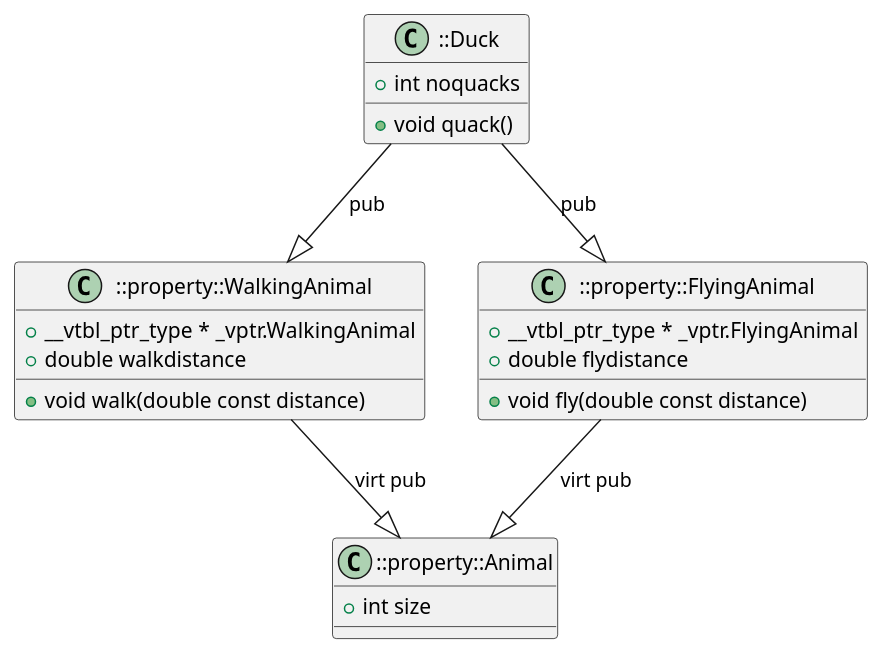
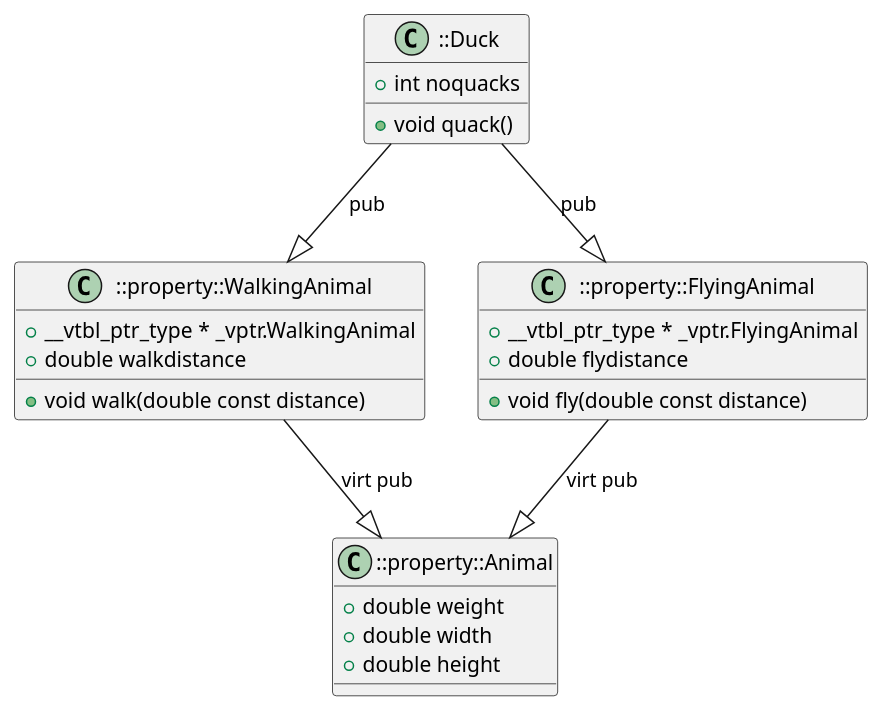
One commit to anetczuk/gcc-uml changed the diagram in examples/inheritgraph/inherit_diamond2.cpp.inherit.puml. Above: the diagram before and after it, drawn with PlantUML. The commit also changed 7 other files, not shown here.

```diff
--- a/examples/inheritgraph/inherit_diamond2.cpp.inherit.puml
+++ b/examples/inheritgraph/inherit_diamond2.cpp.inherit.puml
@@ -1,30 +1,32 @@
 @startuml
 
 class "::Duck" as item_0 {
     {field} + int noquacks
     {method} + void quack() 
 }
 class "::property::WalkingAnimal" as item_1 {
     {field} + __vtbl_ptr_type * _vptr.WalkingAnimal
     {field} + double walkdistance
     {method} + void walk(double const distance) 
 }
 class "::property::FlyingAnimal" as item_2 {
     {field} + __vtbl_ptr_type * _vptr.FlyingAnimal
     {field} + double flydistance
     {method} + void fly(double const distance) 
 }
 class "::property::Animal" as item_3 {
-    {field} + int size
+    {field} + double weight
+    {field} + double width
+    {field} + double height
 }
 
 ' ::Duck --|> ::property::FlyingAnimal
 item_0 --|> item_2: "pub"
 ' ::Duck --|> ::property::WalkingAnimal
 item_0 --|> item_1: "pub"
 ' ::property::WalkingAnimal --|> ::property::Animal
 item_1 --|> item_3: "virt pub"
 ' ::property::FlyingAnimal --|> ::property::Animal
 item_2 --|> item_3: "virt pub"
 
 @enduml
```
